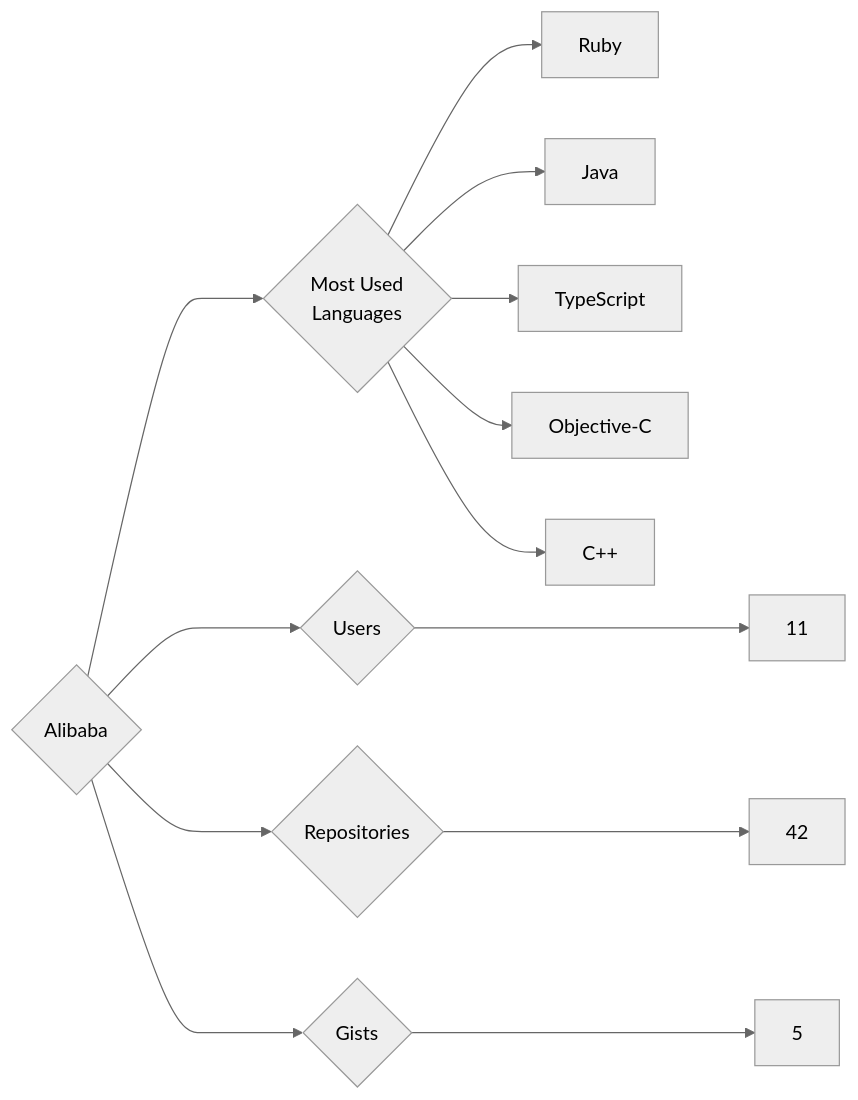
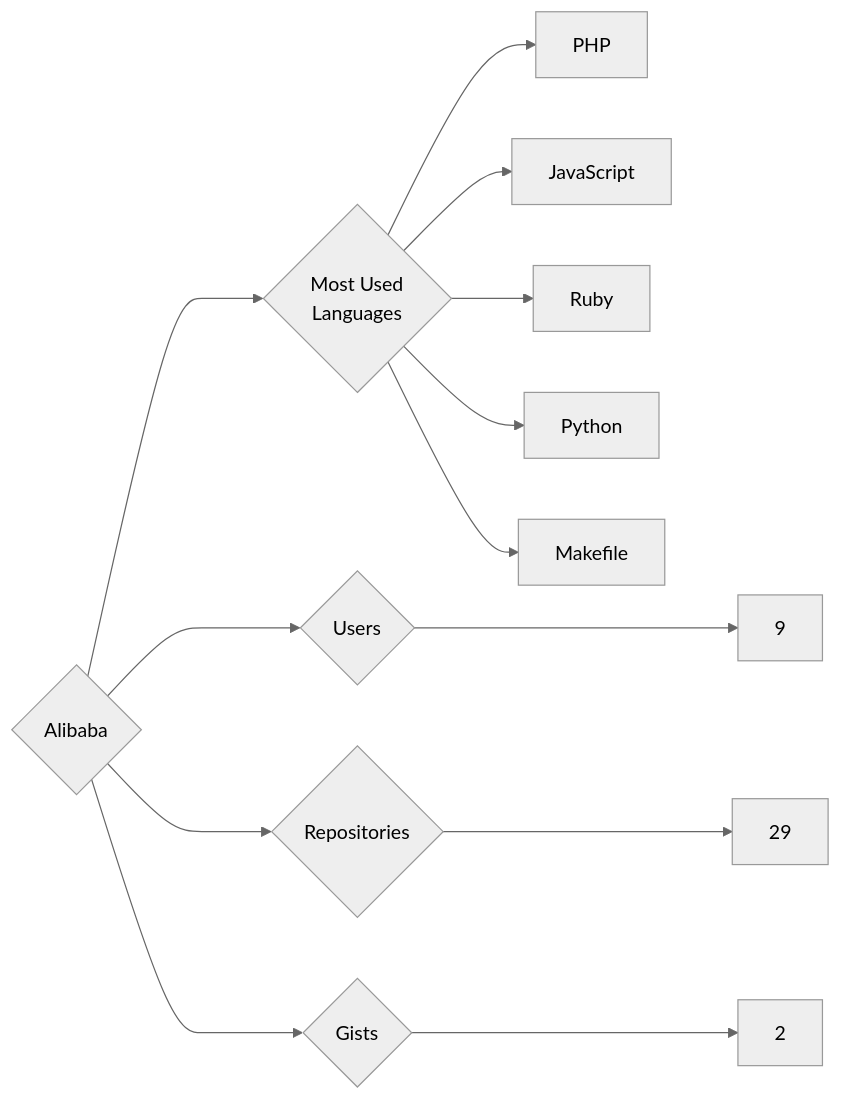
One commit to trickest/insiders changed the diagram in targets/Alibaba/README.md. Above: the diagram before and after it, drawn with Mermaid (neutral theme). The commit also changed 1036 other files, not shown here.

````diff
--- a/targets/Alibaba/README.md
+++ b/targets/Alibaba/README.md
@@ -3,13 +3,13 @@
 ```mermaid
 graph LR
 COMPANY_NAME{Alibaba}
-COMPANY_NAME ---> U{Users} ---> UN[11]
-COMPANY_NAME ---> R{Repositories} ---> RN[42]
-COMPANY_NAME ---> G{Gists} ---> GN[5]
+COMPANY_NAME ---> U{Users} ---> UN[9]
+COMPANY_NAME ---> R{Repositories} ---> RN[29]
+COMPANY_NAME ---> G{Gists} ---> GN[2]
 COMPANY_NAME ---> ML{Most Used<br>Languages}
+ML --> PHP[PHP]
+ML --> JavaScript[JavaScript]
 ML --> Ruby[Ruby]
-ML --> Java[Java]
-ML --> TypeScript[TypeScript]
-ML --> Objective-C[Objective-C]
-ML --> C++[C++]
+ML --> Python[Python]
+ML --> Makefile[Makefile]
 ```
````
